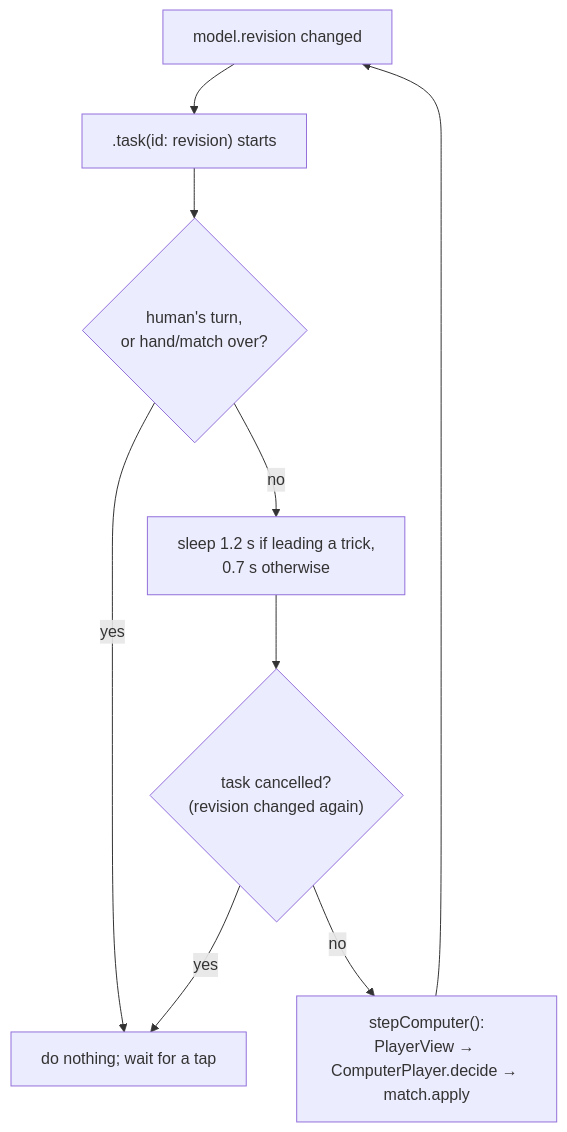
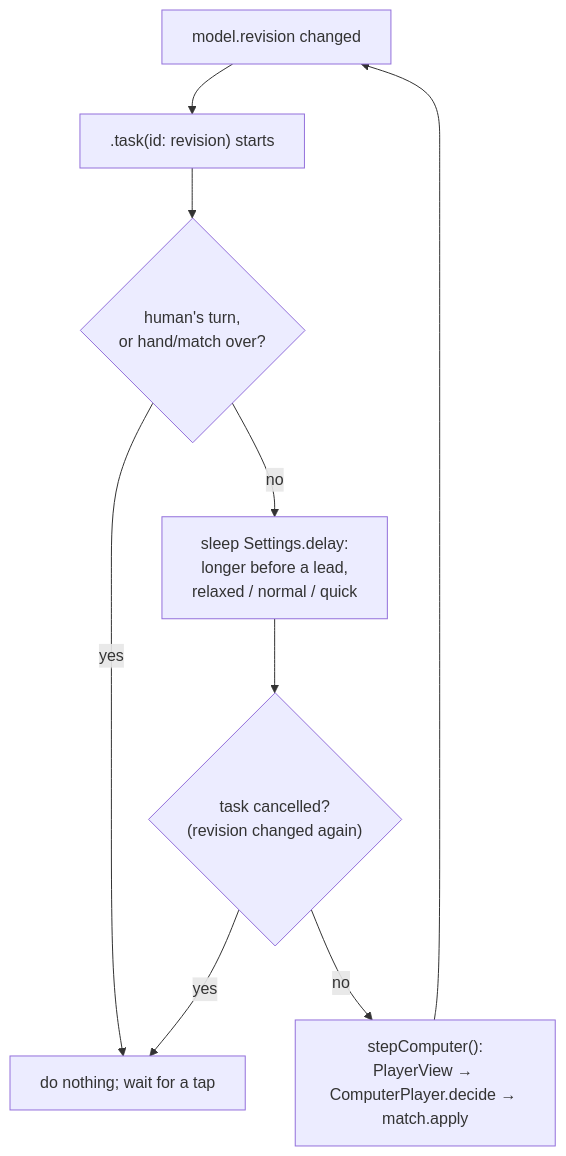
Before and after one commit to cmurphy1140/catch-5: the sixth of 7 diagrams in docs/game-flow.md, drawn with Mermaid. The commit also changed other lines of this file and 11 other files, not shown here.

````diff
--- a/docs/game-flow.md
+++ b/docs/game-flow.md
@@ -98,11 +100,11 @@
 ```mermaid
 flowchart TD
     R["model.revision changed"] --> T[".task(id: revision) starts"]
     T --> Q{"human's turn,<br/>or hand/match over?"}
     Q -- yes --> STOP["do nothing; wait for a tap"]
-    Q -- no --> S["sleep 1.2 s if leading a trick,<br/>0.7 s otherwise"]
+    Q -- no --> S["sleep Settings.delay:<br/>longer before a lead,<br/>relaxed / normal / quick"]
     S --> C{"task cancelled?<br/>(revision changed again)"}
     C -- yes --> STOP
     C -- no --> D["stepComputer():<br/>PlayerView → ComputerPlayer.decide → match.apply"]
     D --> R
 ```
````
